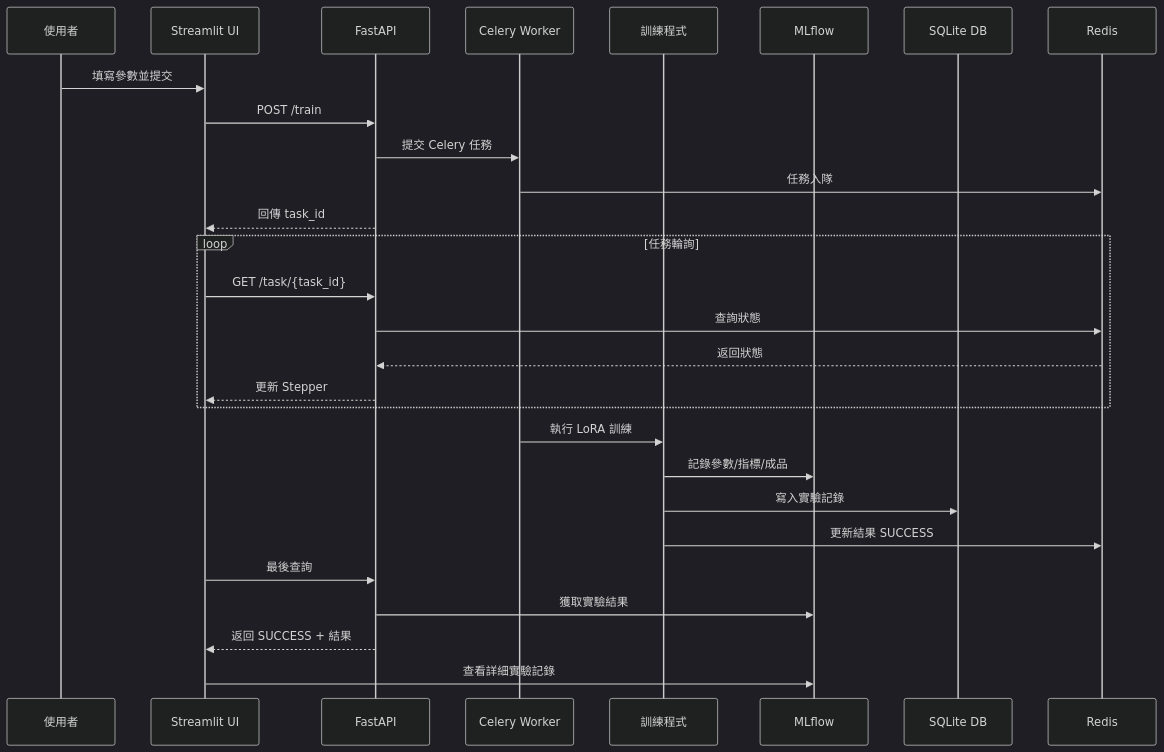
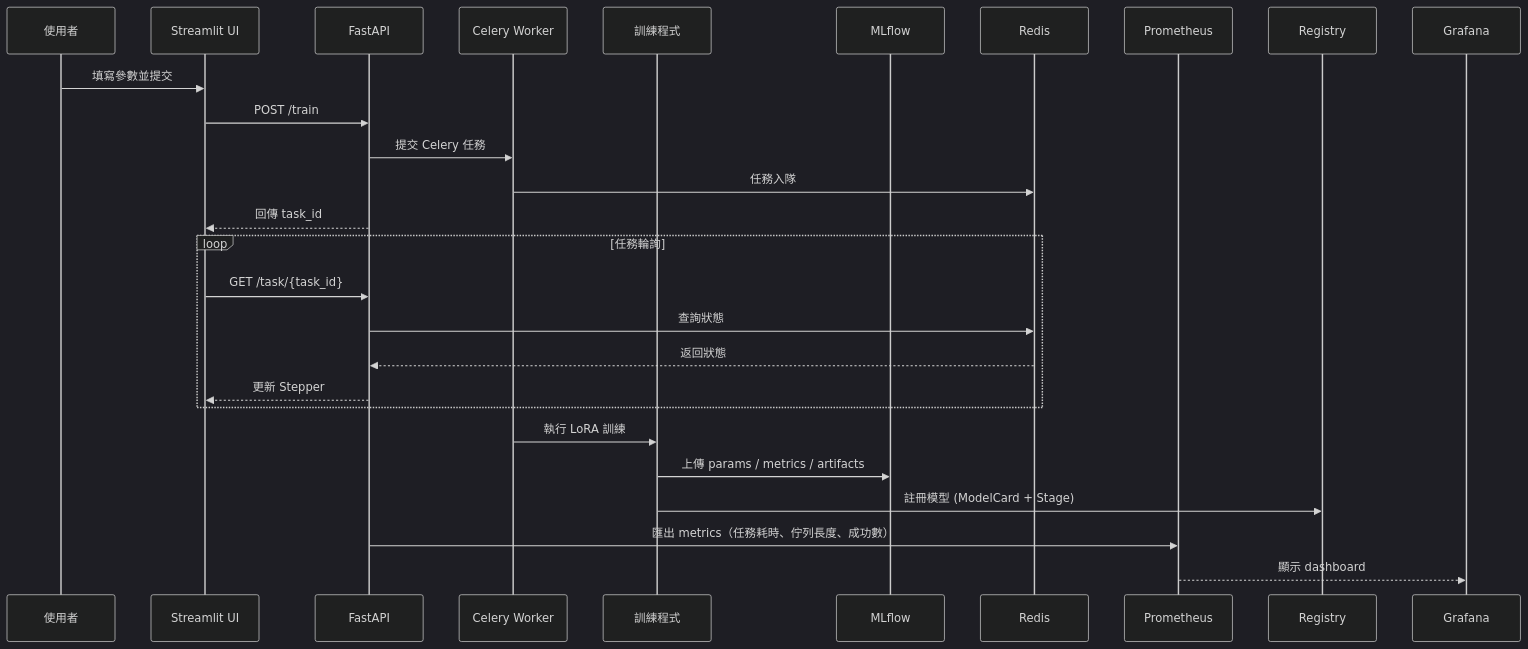
One commit to pei9564/Finetune-30-days-demo changed the first of 2 diagrams in README.md. Above: the diagram before and after it, drawn with Mermaid (dark theme). The commit also changed other lines of this file and 21 other files, not shown here.

````diff
--- a/README.md
+++ b/README.md
@@ -29,33 +29,30 @@
 ```mermaid
 sequenceDiagram
     participant U as 使用者
     participant UI as Streamlit UI
     participant API as FastAPI
     participant C as Celery Worker
     participant T as 訓練程式
     participant M as MLflow
-    participant DB as SQLite DB
     participant R as Redis
+    participant P as Prometheus
 
     U->>UI: 填寫參數並提交
     UI->>API: POST /train
     API->>C: 提交 Celery 任務
     C->>R: 任務入隊
     API-->>UI: 回傳 task_id
 
     loop 任務輪詢
         UI->>API: GET /task/{task_id}
         API->>R: 查詢狀態
         R-->>API: 返回狀態
         API-->>UI: 更新 Stepper
     end
 
     C->>T: 執行 LoRA 訓練
-    T->>M: 記錄參數/指標/成品
-    T->>DB: 寫入實驗記錄
-    T->>R: 更新結果 SUCCESS
-    UI->>API: 最後查詢
-    API->>M: 獲取實驗結果
-    API-->>UI: 返回 SUCCESS + 結果
-    UI->>M: 查看詳細實驗記錄
+    T->>M: 上傳 params / metrics / artifacts
+    T->>Registry: 註冊模型 (ModelCard + Stage)
+    API->>P: 匯出 metrics（任務耗時、佇列長度、成功數）
+    P-->>Grafana: 顯示 dashboard
 ```
````
